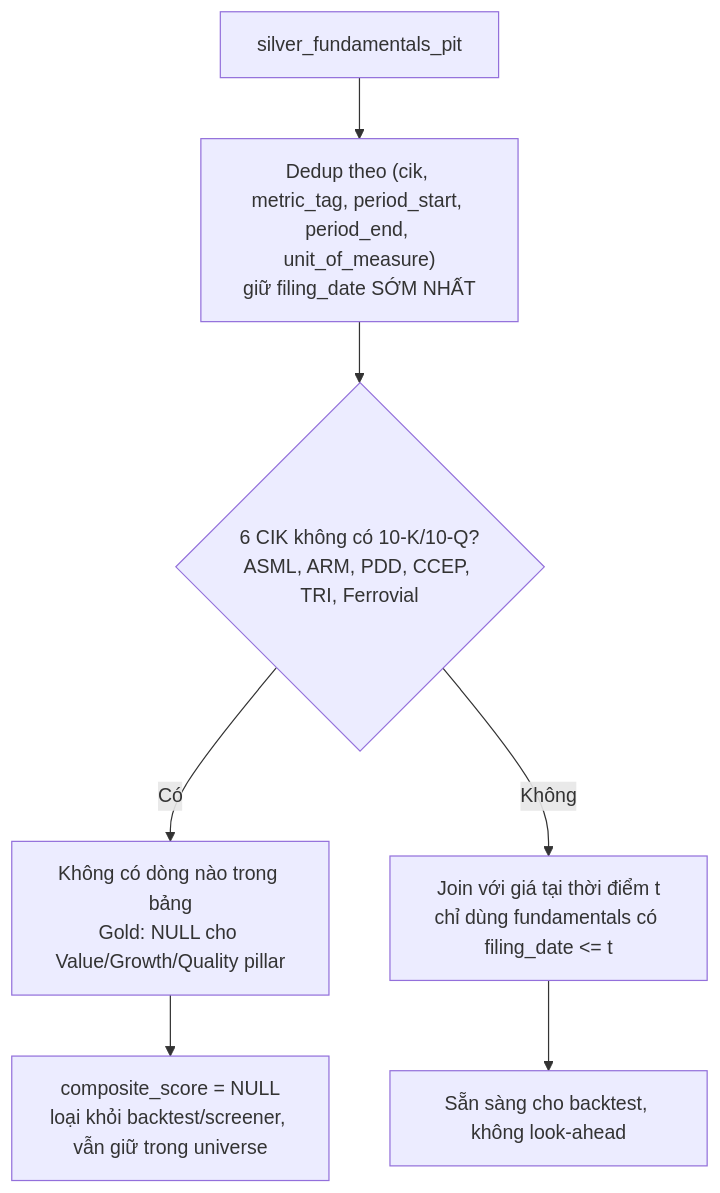
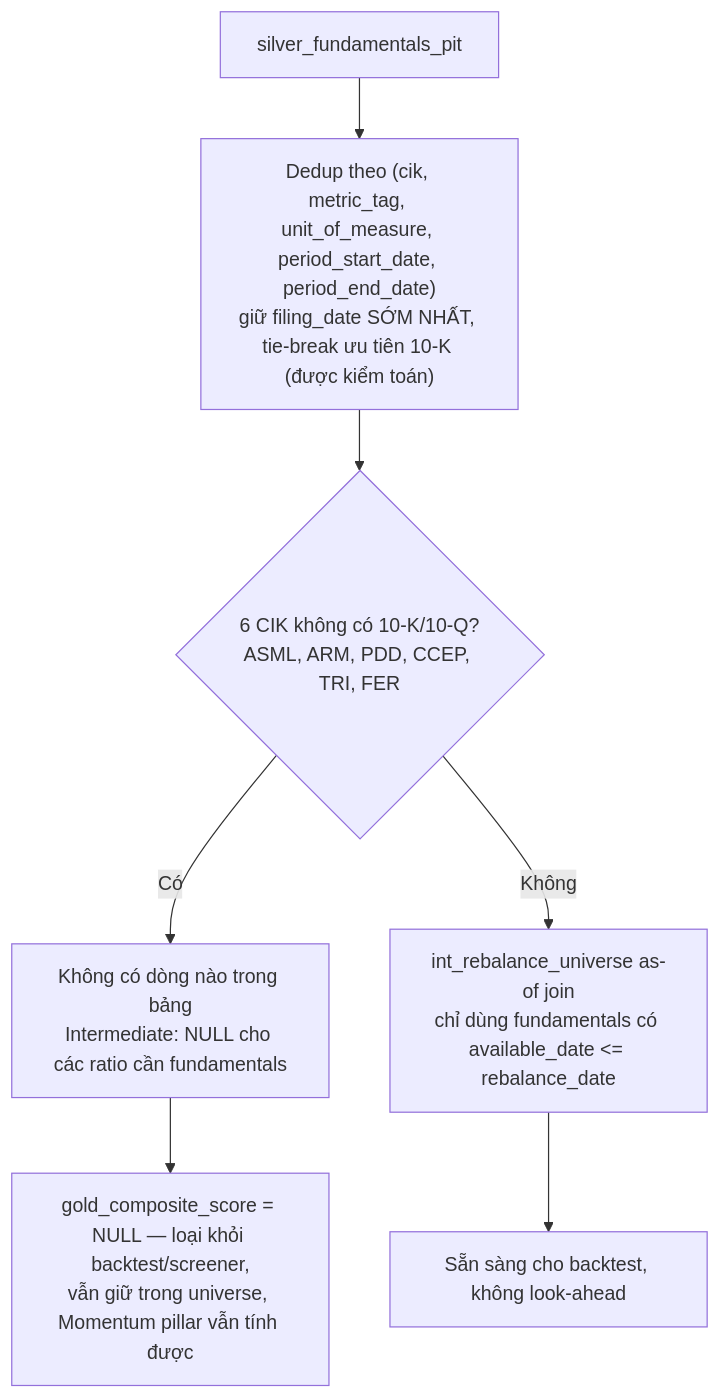
Before and after one commit to PhucTruong11/NASDAQ100-Quantamental: the third of 6 diagrams in data-flow.md, drawn with Mermaid. The commit also changed other lines of this file and 2 other files, not shown here.

Commit message:
Them intermediate rebalance_universe for model

````diff
--- a/data-flow.md
+++ b/data-flow.md
@@ -168,9 +182,9 @@
 ```mermaid
 graph TD
-    A[silver_fundamentals_pit] --> B["Dedup theo (cik, metric_tag, period_start, period_end, unit_of_measure)<br/>giữ filing_date SỚM NHẤT"]
-    B --> C{6 CIK không có 10-K/10-Q?<br/>ASML, ARM, PDD, CCEP, TRI, Ferrovial}
-    C -- Có --> D[Không có dòng nào trong bảng<br/>Gold: NULL cho Value/Growth/Quality pillar]
-    C -- Không --> E[Join với giá tại thời điểm t<br/>chỉ dùng fundamentals có filing_date <= t]
-    D --> F["composite_score = NULL<br/>loại khỏi backtest/screener, vẫn giữ trong universe"]
+    A[silver_fundamentals_pit] --> B["Dedup theo (cik, metric_tag, unit_of_measure, period_start_date, period_end_date)<br/>giữ filing_date SỚM NHẤT, tie-break ưu tiên 10-K (được kiểm toán)"]
+    B --> C{6 CIK không có 10-K/10-Q?<br/>ASML, ARM, PDD, CCEP, TRI, FER}
+    C -- Có --> D[Không có dòng nào trong bảng<br/>Intermediate: NULL cho các ratio cần fundamentals]
+    C -- Không --> E[int_rebalance_universe as-of join<br/>chỉ dùng fundamentals có available_date <= rebalance_date]
+    D --> F["gold_composite_score = NULL — loại khỏi backtest/screener,<br/>vẫn giữ trong universe, Momentum pillar vẫn tính được"]
     E --> G[Sẵn sàng cho backtest, không look-ahead]
 ```
````
